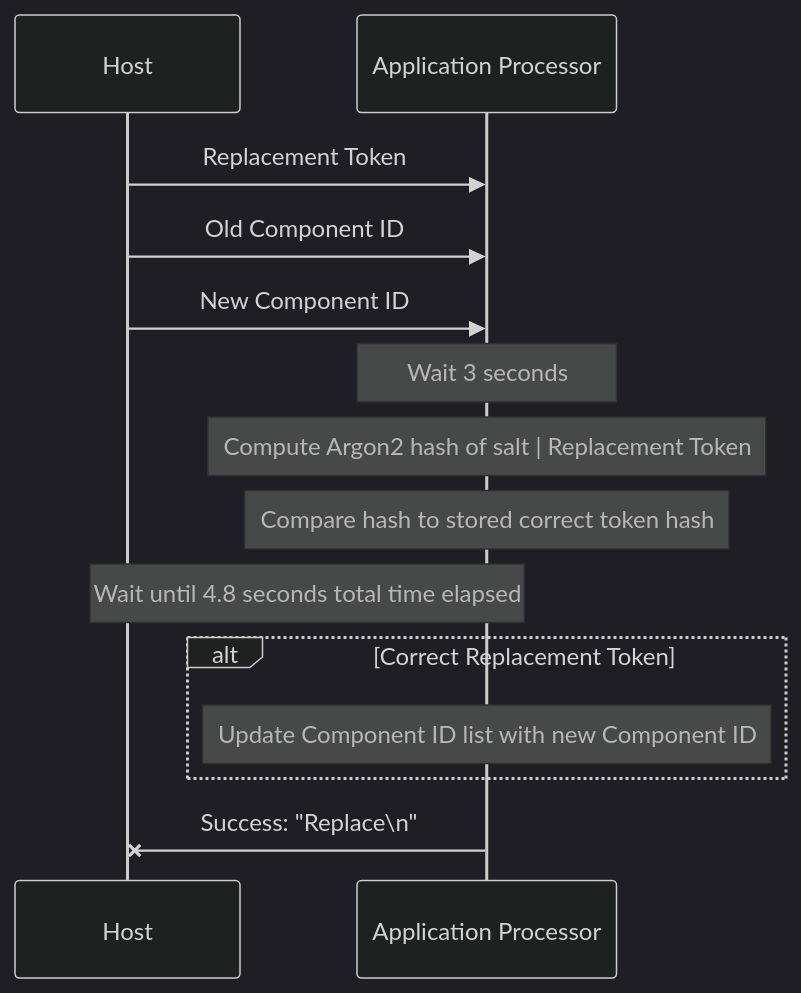
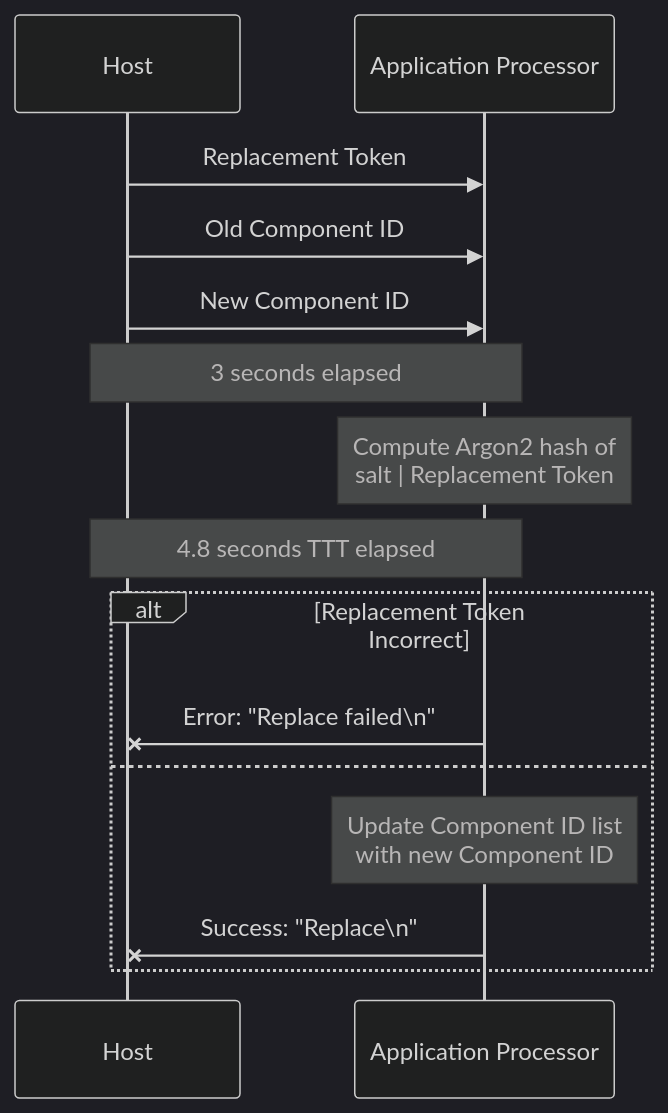
One commit to sigpwny/2024-ectf-uiuc changed the third of 4 diagrams in docs/misc_protocol.md. Above: the diagram before and after it, drawn with Mermaid (dark theme).

````diff
--- a/docs/misc_protocol.md
+++ b/docs/misc_protocol.md
@@ -133,17 +133,18 @@
 ```mermaid
 sequenceDiagram
   participant H as Host
   participant AP as Application Processor
   H ->> AP: Replacement Token
   H ->> AP: Old Component ID
   H ->> AP: New Component ID
-  Note over AP: Wait 3 seconds
-  Note over AP: Compute Argon2 hash of salt | Replacement Token
-  Note over AP: Compare hash to stored correct token hash
-  Note over H, AP: Wait until 4.8 seconds total time elapsed
-  alt Correct Replacement Token
-     Note over AP: Update Component ID list with new Component ID
+  Note over H, AP: 3 seconds elapsed
+  Note over AP: Compute Argon2 hash of <br/> salt | Replacement Token
+  Note over H, AP: 4.8 seconds TTT elapsed
+  alt Replacement Token Incorrect
+  AP -x H: Error: "Replace failed\n"
+  else
+     Note over AP: Update Component ID list <br/>with new Component ID
+  AP -x H: Success: "Replace\n"
   end
-  AP -x H: Success: "Replace\n"
 
 ```
````
